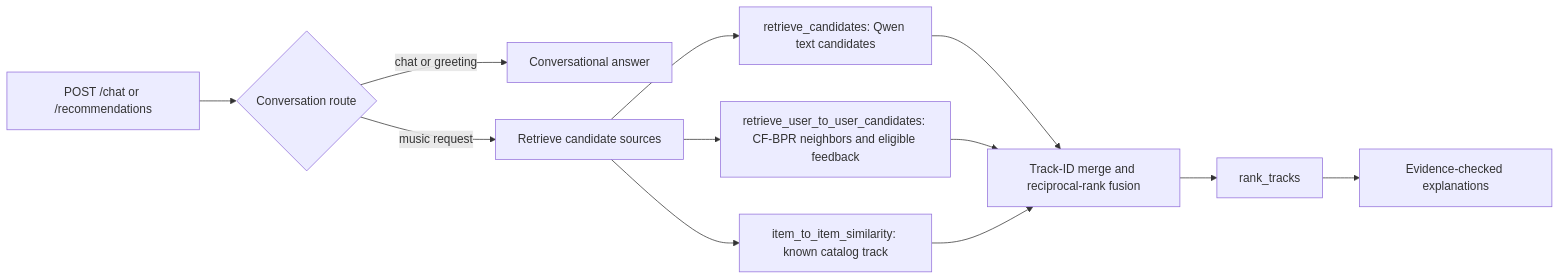
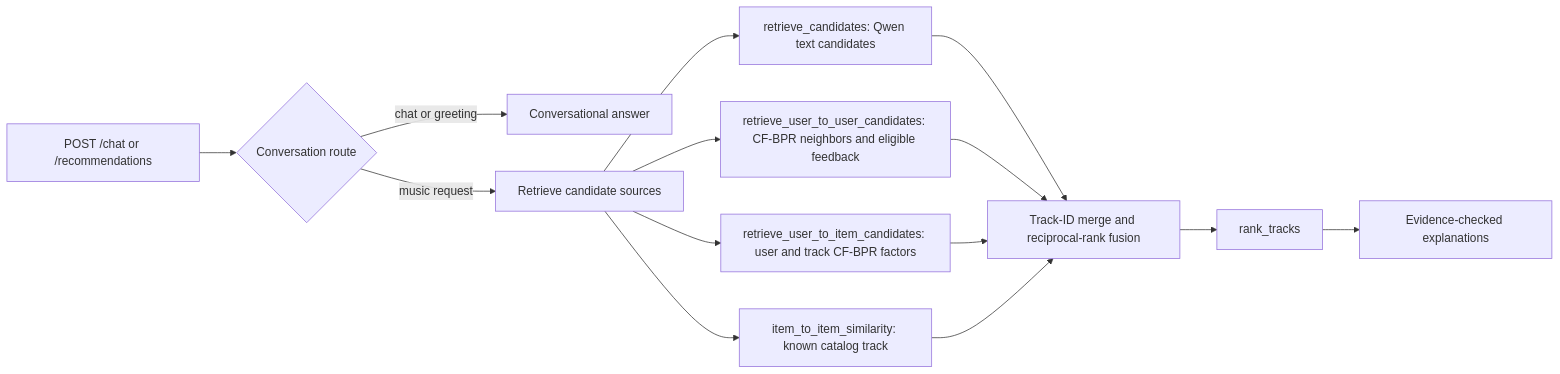
The diagram in agentic_system/README.md (TReV-89/RecSysChallenge2026Assignment), drawn with Mermaid before and after one commit. The commit also changed other lines of this file and 21 other files, not shown here.

````diff
--- a/agentic_system/README.md
+++ b/agentic_system/README.md
@@ -109,14 +109,16 @@
 ```mermaid
 flowchart LR
     API["POST /chat or /recommendations"] --> Route{"Conversation route"}
     Route -- "chat or greeting" --> Chat["Conversational answer"]
     Route -- "music request" --> Retrieve["Retrieve candidate sources"]
     Retrieve --> Text["retrieve_candidates: Qwen text candidates"]
     Retrieve --> CF["retrieve_user_to_user_candidates: CF-BPR neighbors and eligible feedback"]
+    Retrieve --> Direct["retrieve_user_to_item_candidates: user and track CF-BPR factors"]
     Retrieve --> Item["item_to_item_similarity: known catalog track"]
     Text --> Merge["Track-ID merge and reciprocal-rank fusion"]
     CF --> Merge
+    Direct --> Merge
     Item --> Merge
     Merge --> Rank["rank_tracks"]
     Rank --> Explain["Evidence-checked explanations"]
 ```
````
